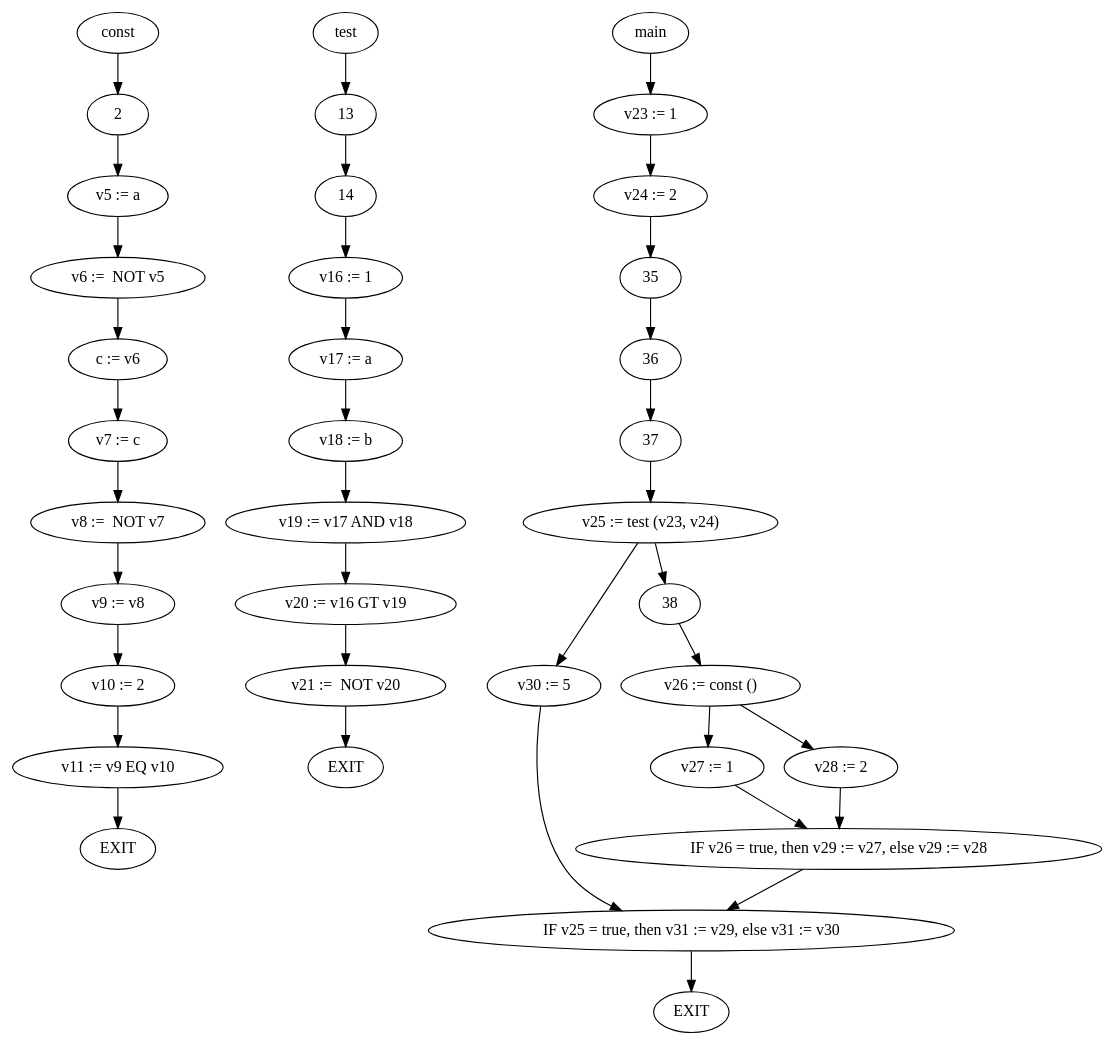
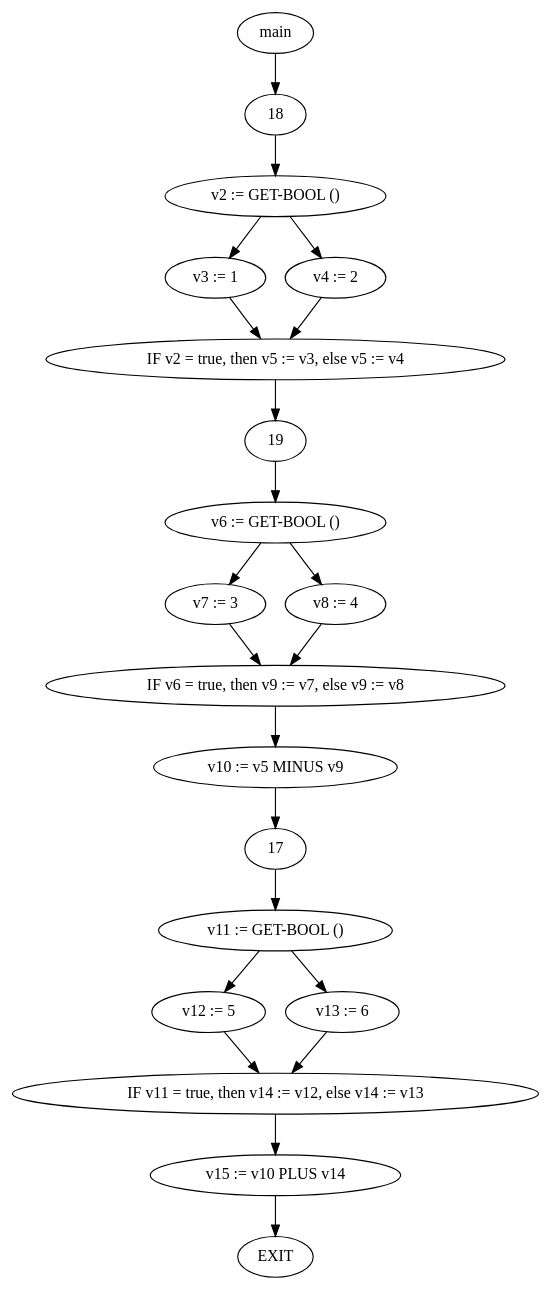
One commit to fa21i/cop5621 changed the diagram in cfg.dot. Above: the diagram before and after it, drawn with Graphviz. The commit also changed 5 other files, not shown here.

```diff
--- a/cfg.dot
+++ b/cfg.dot
@@ -1,66 +1,39 @@
 digraph print {
-1 [label="const"];
-4 [label="c := v6"];
-5 [label="v5 := a"];
-6 [label="v6 :=  NOT v5"];
-7 [label="v7 := c"];
-8 [label="v8 :=  NOT v7"];
-9 [label="v9 := v8"];
-10 [label="v10 := 2"];
-11 [label="v11 := v9 EQ v10"];
-12 [label="test"];
-16 [label="v16 := 1"];
-17 [label="v17 := a"];
-18 [label="v18 := b"];
-19 [label="v19 := v17 AND v18"];
-20 [label="v20 := v16 GT v19"];
-21 [label="v21 :=  NOT v20"];
-22 [label="main"];
-23 [label="v23 := 1"];
-24 [label="v24 := 2"];
-25 [label="v25 := test (v23, v24)"];
-26 [label="v26 := const ()"];
-27 [label="v27 := 1"];
-28 [label="v28 := 2"];
-29 [label="IF v26 = true, then v29 := v27, else v29 := v28"];
-30 [label="v30 := 5"];
-31 [label="IF v25 = true, then v31 := v29, else v31 := v30"];
-32 [label="EXIT"];
-33 [label="EXIT"];
-34 [label="EXIT"];
-1->2
-11->34
-12->13
+1 [label="main"];
+2 [label="v2 := GET-BOOL ()"];
+3 [label="v3 := 1"];
+4 [label="v4 := 2"];
+5 [label="IF v2 = true, then v5 := v3, else v5 := v4"];
+6 [label="v6 := GET-BOOL ()"];
+7 [label="v7 := 3"];
+8 [label="v8 := 4"];
+9 [label="IF v6 = true, then v9 := v7, else v9 := v8"];
+10 [label="v10 := v5 MINUS v9"];
+11 [label="v11 := GET-BOOL ()"];
+12 [label="v12 := 5"];
+13 [label="v13 := 6"];
+14 [label="IF v11 = true, then v14 := v12, else v14 := v13"];
+15 [label="v15 := v10 PLUS v14"];
+16 [label="EXIT"];
+15->16
+14->15
+9->10
+10->17
+11->12
+11->13
+12->14
 13->14
-21->33
-31->32
-9->10
-10->11
-20->21
-25->30
-29->31
-30->31
-6->4
+1->18
+2->3
+2->4
+3->5
+4->5
+5->19
+6->7
+6->8
+7->9
 8->9
-14->16
-19->20
-22->23
-23->24
-24->35
-35->36
-36->37
-37->25
-25->38
-26->27
-26->28
-27->29
-28->29
-2->5
-5->6
-4->7
-7->8
-16->17
-17->18
-18->19
-38->26
+17->11
+18->2
+19->6
 }
```
